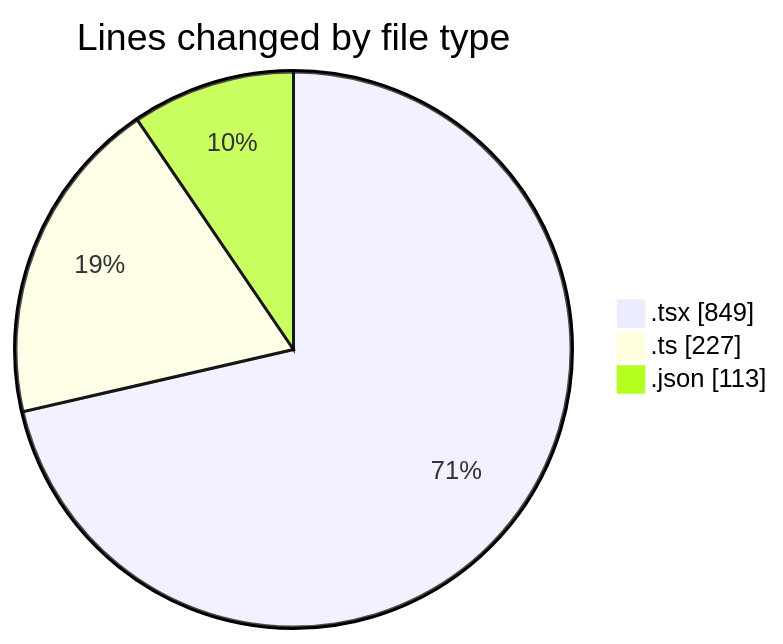
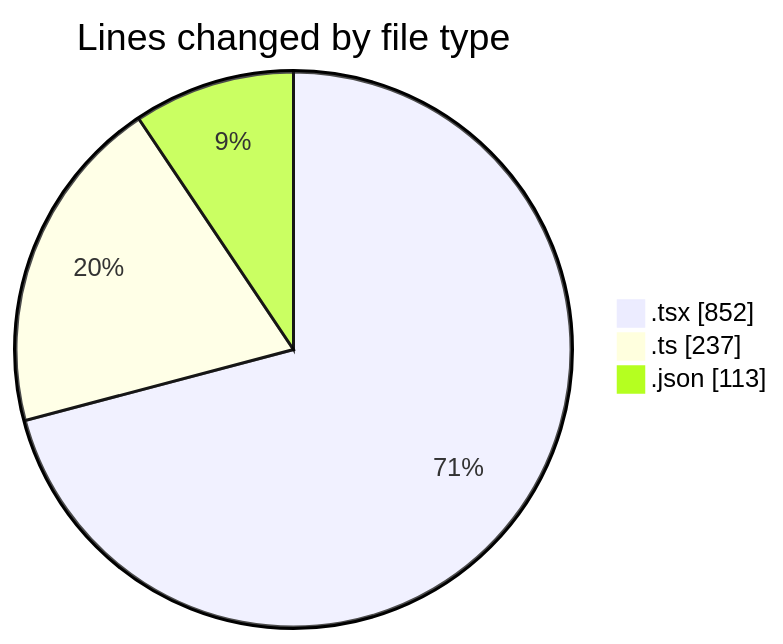
The first of 2 diagrams in 2025-02-23/pdf-analysis-app/README.md (momahboobian/code-tracking), drawn with Mermaid before and after one commit. The commit also changed other lines of this file and 1 other file, not shown here.

````diff
--- a/2025-02-23/pdf-analysis-app/README.md
+++ b/2025-02-23/pdf-analysis-app/README.md
@@ -30,7 +30,7 @@
 ```mermaid
 pie showData
 title Lines changed by file type
-".tsx" : 849
-".ts" : 227
+".tsx" : 852
+".ts" : 237
 ".json" : 113
 ```
````
